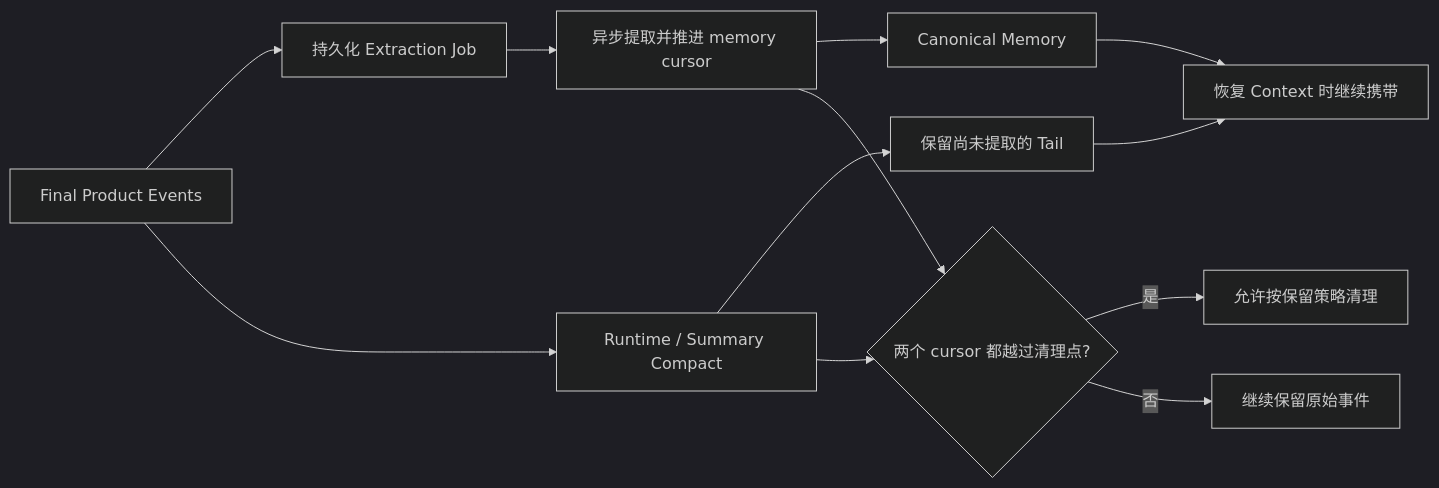
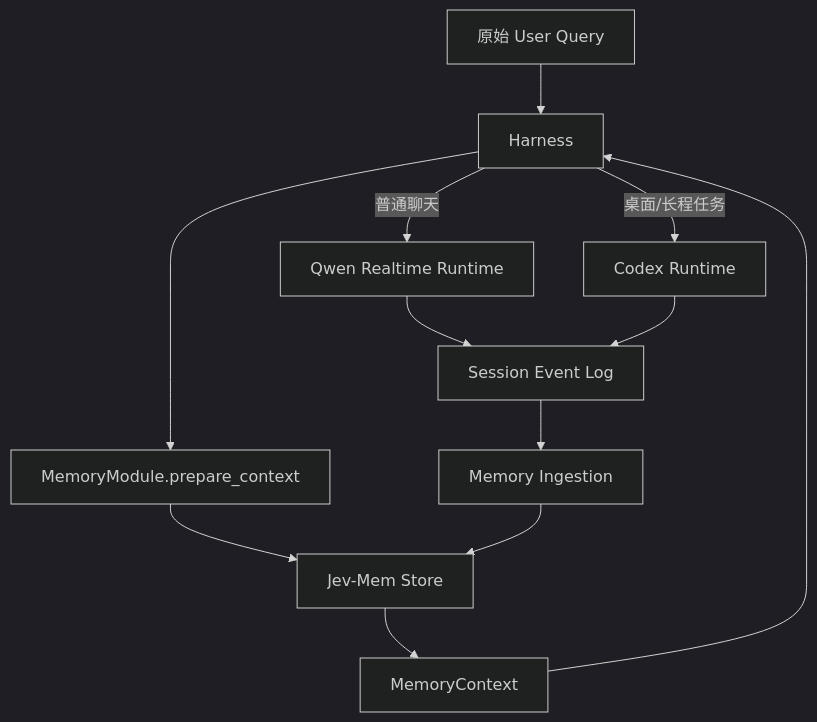
Before and after one commit to kono-dada/BoxAgent: the third of 4 diagrams in docs/BoxAgent-Phase4-Memory-设计.md, drawn with Mermaid (dark theme). The commit also changed other lines of this file and 166 other files, not shown here.

Commit message:
feat: integrate realtime memory and skill workflows

````diff
--- a/docs/BoxAgent-Phase4-Memory-设计.md
+++ b/docs/BoxAgent-Phase4-Memory-设计.md
@@ -179,14 +738,14 @@
 ```mermaid
-flowchart LR
-    E[Final Product Events] --> Q[持久化 Extraction Job]
-    E --> C[Runtime / Summary Compact]
-    Q --> X[异步提取并推进 memory cursor]
-    C --> H[保留尚未提取的 Tail]
-    X --> M[Canonical Memory]
-    H --> R[恢复 Context 时继续携带]
-    M --> R
-    X --> G{两个 cursor 都越过清理点?}
-    C --> G
-    G -->|是| D[允许按保留策略清理]
-    G -->|否| K[继续保留原始事件]
+flowchart TB
+    U[原始 User Query] --> H[Harness]
+    H --> M[MemoryModule.prepare_context]
+    M --> J[Jev-Mem Store]
+    J --> C[MemoryContext]
+    C --> H
+    H -->|普通聊天| Q[Qwen Realtime Runtime]
+    H -->|桌面/长程任务| X[Codex Runtime]
+    Q --> E[Session Event Log]
+    X --> E
+    E --> I[Memory Ingestion]
+    I --> J
 ```
````
